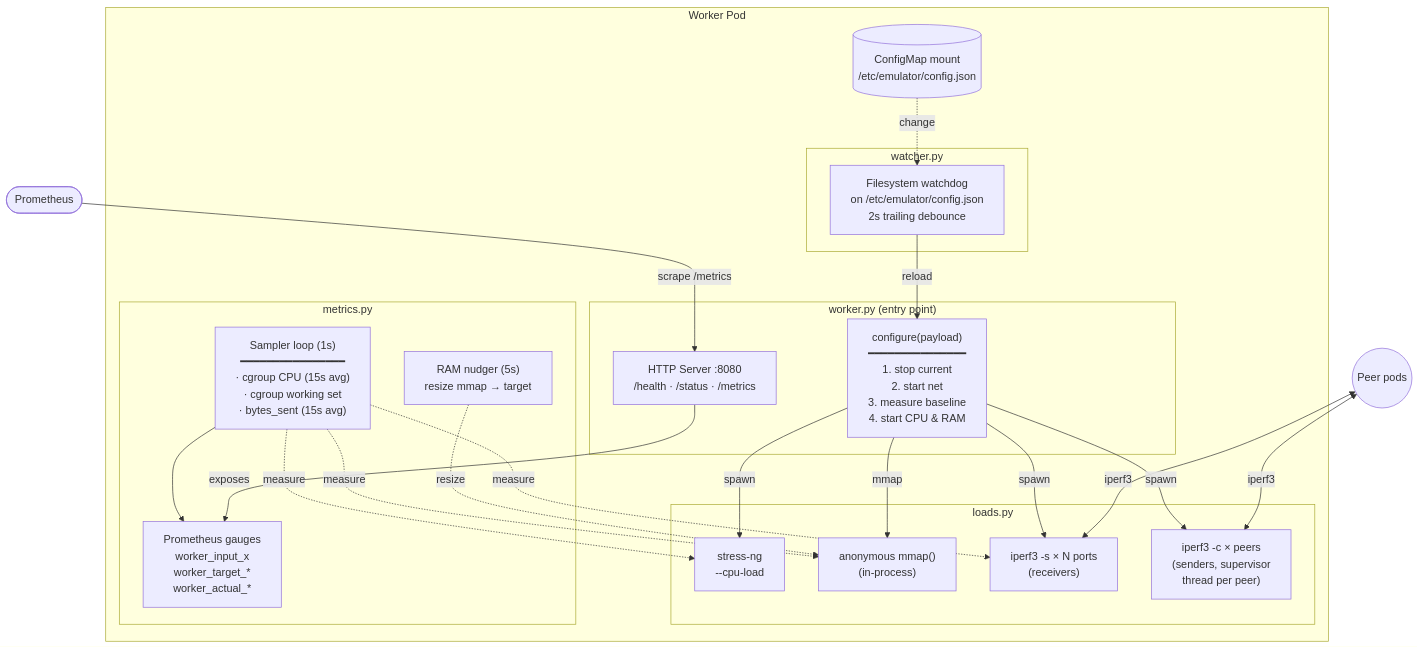
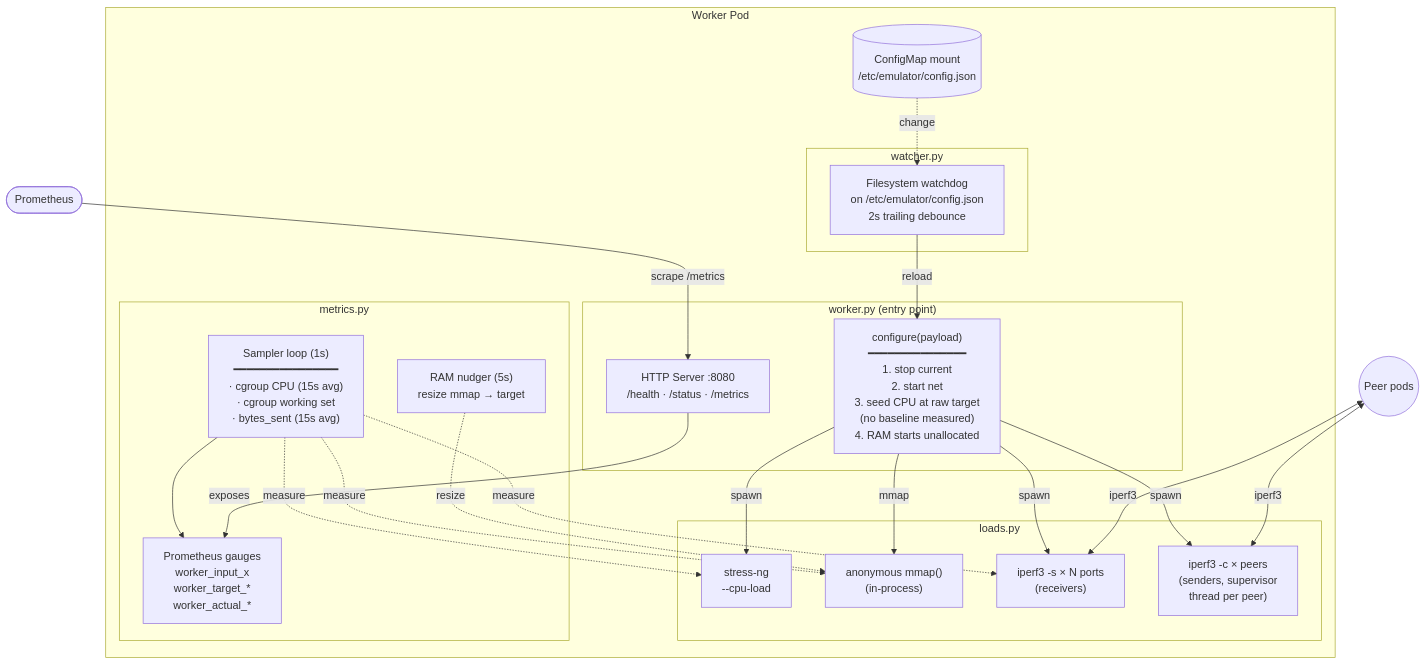
Before and after one commit to Jakub-Bojar/cloud-emulator: the third of 7 diagrams in ARCHITECTURE.md, drawn with Mermaid. The commit also changed other lines of this file and 50 other files, not shown here.

````diff
--- a/ARCHITECTURE.md
+++ b/ARCHITECTURE.md
@@ -229,45 +230,45 @@
 ```mermaid
 flowchart TB
     subgraph pod["Worker Pod"]
         subgraph entry["worker.py (entry point)"]
             HTTP["HTTP Server :8080<br/>/health · /status · /metrics"]
-            Configure["configure(payload)<br/>━━━━━━━━━━━━━━━<br/>1. stop current<br/>2. start net<br/>3. measure baseline<br/>4. start CPU & RAM"]
+            Configure["configure(payload)<br/>━━━━━━━━━━━━━━━<br/>1. stop current<br/>2. start net<br/>3. seed CPU at raw target<br/>(no baseline measured)<br/>4. RAM starts unallocated"]
         end
 
         subgraph loads["loads.py"]
             CPU["stress-ng<br/>--cpu-load"]
             RAM["anonymous mmap()<br/>(in-process)"]
             NetServer["iperf3 -s × N ports<br/>(receivers)"]
             NetClient["iperf3 -c × peers<br/>(senders, supervisor<br/>thread per peer)"]
         end
 
         subgraph metrics["metrics.py"]
             Sampler["Sampler loop (1s)<br/>━━━━━━━━━━━━━━━━<br/>· cgroup CPU (15s avg)<br/>· cgroup working set<br/>· bytes_sent (15s avg)"]
             Nudge["RAM nudger (5s)<br/>resize mmap → target"]
             Gauges["Prometheus gauges<br/>worker_input_x<br/>worker_target_*<br/>worker_actual_*"]
         end
 
         subgraph watch["watcher.py"]
             FSWatch["Filesystem watchdog<br/>on /etc/emulator/config.json<br/>2s trailing debounce"]
         end
 
         CM[("ConfigMap mount<br/>/etc/emulator/config.json")]
 
         CM -.->|change| FSWatch
         FSWatch -->|reload| Configure
         Configure -->|spawn| CPU
         Configure -->|mmap| RAM
         Configure -->|spawn| NetServer
         Configure -->|spawn| NetClient
         Sampler -.measure.-> CPU
         Sampler -.measure.-> RAM
         Sampler -.measure.-> NetServer
         Sampler --> Gauges
         Nudge -.resize.-> RAM
         HTTP -->|exposes| Gauges
     end
 
     Peers((Peer pods)) <-->|iperf3| NetClient
     Peers <-->|iperf3| NetServer
     Prom([Prometheus]) -->|scrape /metrics| HTTP
 ```
````
